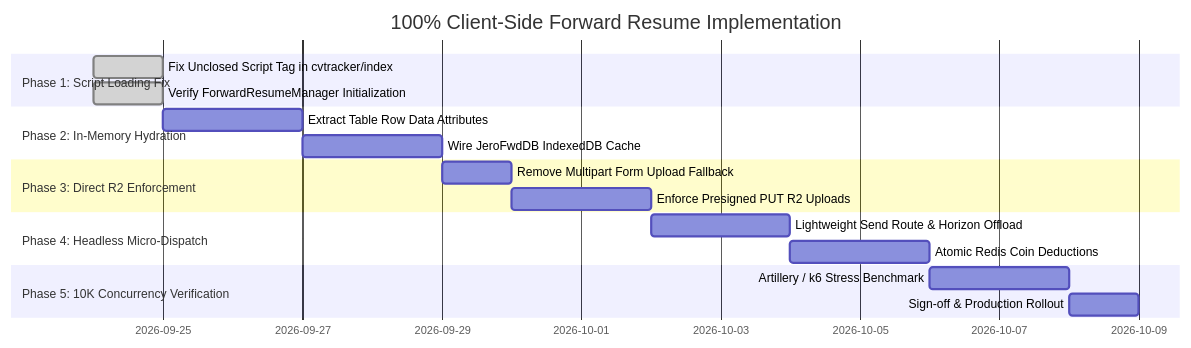
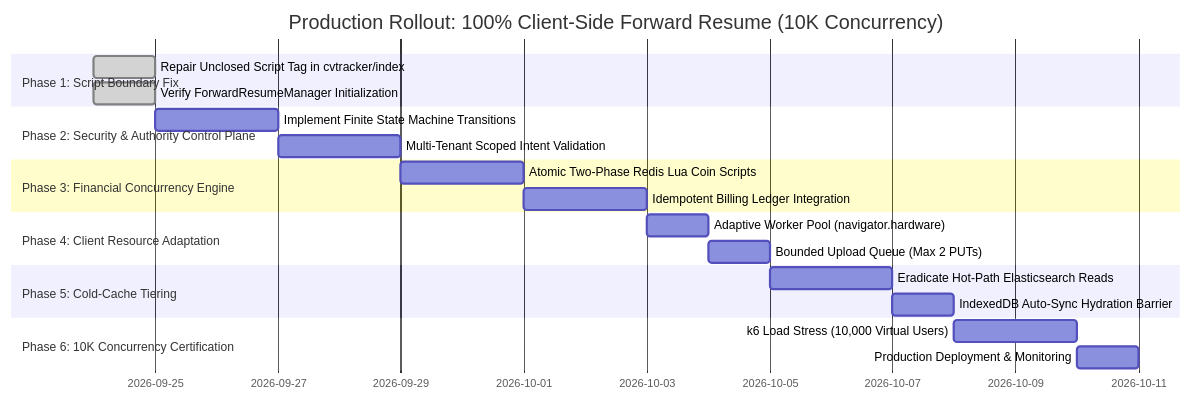
One commit to 4belldevelopers/sales-crm-final changed the second of 2 diagrams in docs/100_PERCENT_CLIENT_SIDE_FORWARD_RESUME.md. Above: the diagram before and after it, drawn with Mermaid. The commit also changed other lines of this file and 5 other files, not shown here.

````diff
--- a/docs/100_PERCENT_CLIENT_SIDE_FORWARD_RESUME.md
+++ b/docs/100_PERCENT_CLIENT_SIDE_FORWARD_RESUME.md
@@ -161,20 +342,23 @@
 ```mermaid
 gantt
-    title 100% Client-Side Forward Resume Implementation
+    title Production Rollout: 100% Client-Side Forward Resume (10K Concurrency)
     dateFormat  YYYY-MM-DD
-    section Phase 1: Script Loading Fix
-    Fix Unclosed Script Tag in cvtracker/index :done, 2026-09-24, 1d
+    section Phase 1: Script Boundary Fix
+    Repair Unclosed Script Tag in cvtracker/index :done, 2026-09-24, 1d
     Verify ForwardResumeManager Initialization :done, 2026-09-24, 1d
-    section Phase 2: In-Memory Hydration
-    Extract Table Row Data Attributes          :2026-09-25, 2d
-    Wire JeroFwdDB IndexedDB Cache            :2026-09-27, 2d
-    section Phase 3: Direct R2 Enforcement
-    Remove Multipart Form Upload Fallback      :2026-09-29, 1d
-    Enforce Presigned PUT R2 Uploads           :2026-09-30, 2d
-    section Phase 4: Headless Micro-Dispatch
-    Lightweight Send Route & Horizon Offload   :2026-10-02, 2d
-    Atomic Redis Coin Deductions               :2026-10-04, 2d
-    section Phase 5: 10K Concurrency Verification
-    Artillery / k6 Stress Benchmark            :2026-10-06, 2d
-    Sign-off & Production Rollout             :2026-10-08, 1d
+    section Phase 2: Security & Authority Control Plane
+    Implement Finite State Machine Transitions :2026-09-25, 2d
+    Multi-Tenant Scoped Intent Validation     :2026-09-27, 2d
+    section Phase 3: Financial Concurrency Engine
+    Atomic Two-Phase Redis Lua Coin Scripts   :2026-09-29, 2d
+    Idempotent Billing Ledger Integration     :2026-10-01, 2d
+    section Phase 4: Client Resource Adaptation
+    Adaptive Worker Pool (navigator.hardware)  :2026-10-03, 1d
+    Bounded Upload Queue (Max 2 PUTs)         :2026-10-04, 1d
+    section Phase 5: Cold-Cache Tiering
+    Eradicate Hot-Path Elasticsearch Reads    :2026-10-05, 2d
+    IndexedDB Auto-Sync Hydration Barrier     :2026-10-07, 1d
+    section Phase 6: 10K Concurrency Certification
+    k6 Load Stress (10,000 Virtual Users)     :2026-10-08, 2d
+    Production Deployment & Monitoring        :2026-10-10, 1d
 ```
````
